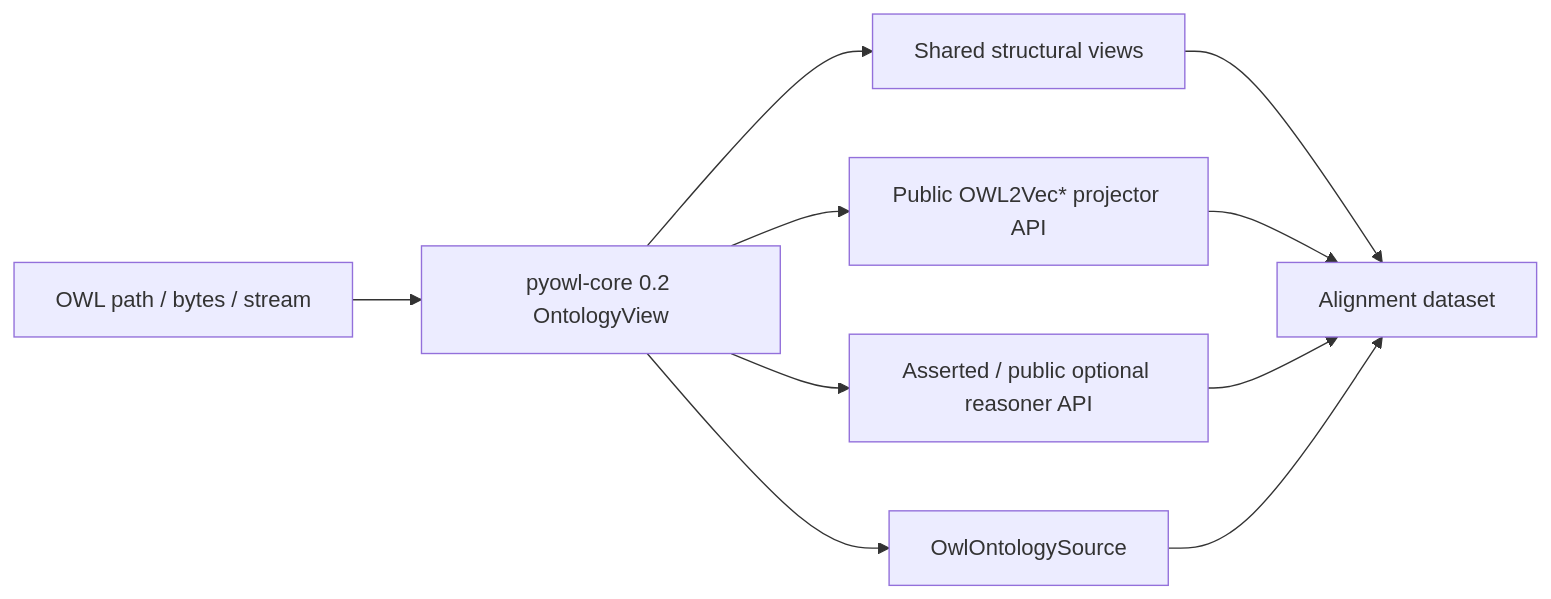
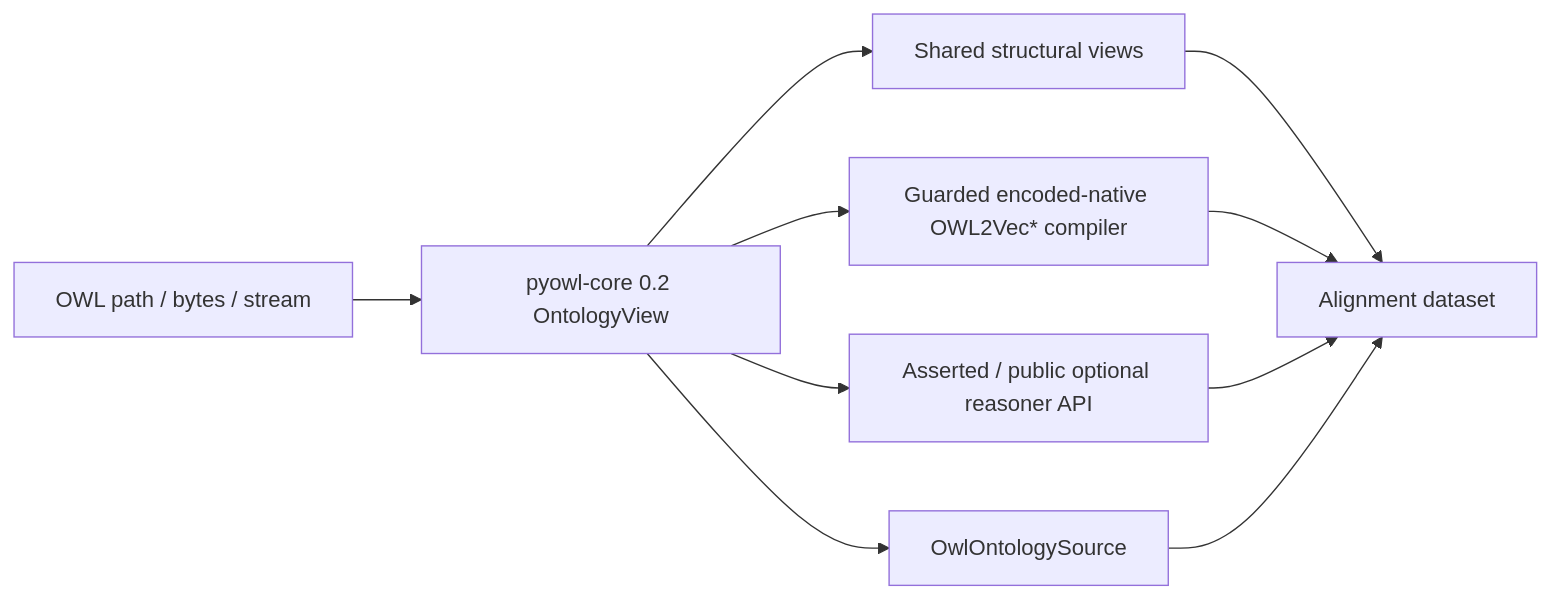
One commit to liseda-lab/Exact-OM changed the second of 2 diagrams in docs/concepts/architecture.md. Above: the diagram before and after it, drawn with Mermaid. The commit also changed other lines of this file and 1 other file, not shown here.

Commit message:
Correct native backend architecture and troubleshooting guidance

````diff
--- a/docs/concepts/architecture.md
+++ b/docs/concepts/architecture.md
@@ -40,12 +40,12 @@
 ```mermaid
 flowchart LR
     Input[OWL path / bytes / stream] --> Core[pyowl-core 0.2 OntologyView]
     Core --> Facade[OwlOntologySource]
     Core --> Views[Shared structural views]
-    Core --> Projector[Public OWL2Vec* projector API]
+    Core --> Projector[Guarded encoded-native OWL2Vec* compiler]
     Core --> Reasoner[Asserted / public optional reasoner API]
     Views --> Dataset[Alignment dataset]
     Projector --> Dataset
     Reasoner --> Dataset
     Facade --> Dataset
 ```
````
